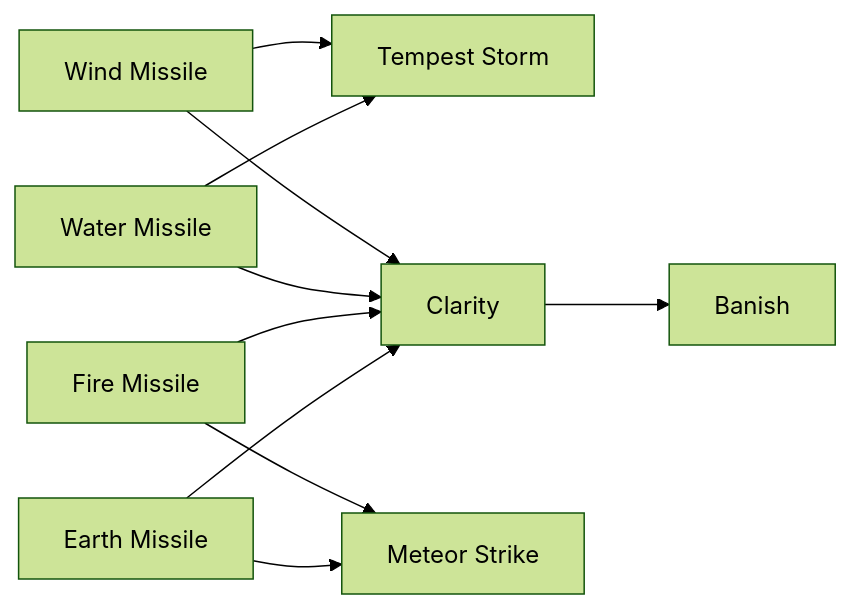
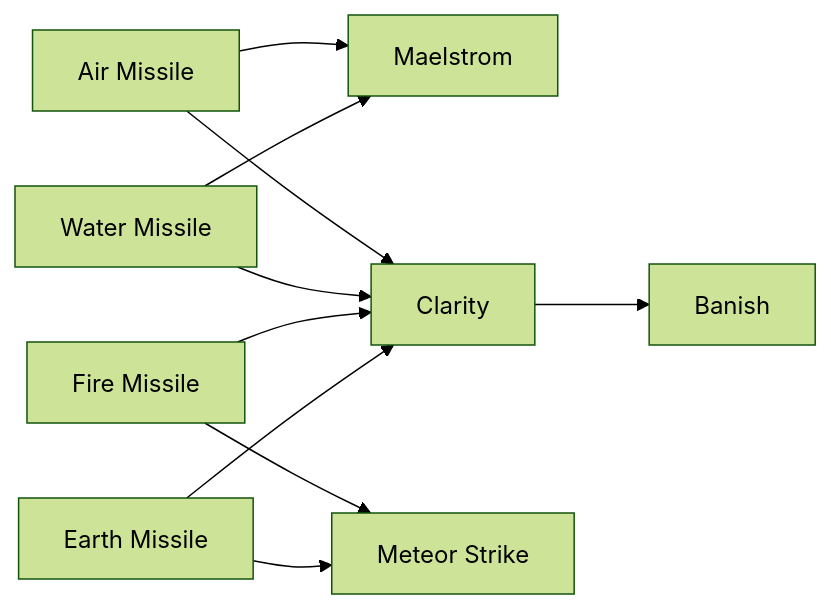
One commit to rubypinkromance/xrpg changed diagram 15 of 17 in docs/xrpg-rules.md. Above: the diagram before and after it, drawn with Mermaid (forest theme). The commit also changed other lines of this file, not shown here.

````diff
--- a/docs/xrpg-rules.md
+++ b/docs/xrpg-rules.md
@@ -766,12 +788,12 @@
 ```mermaid
 flowchart LR
-    Wind[Wind Missile] --> Tempest[Tempest Storm]
-    Water[Water Missile] --> Tempest
-    Wind --> Clarity
+    Air[Air Missile] --> Maelstrom
+    Water[Water Missile] --> Maelstrom
+    Air --> Clarity
     Water --> Clarity
     Fire[Fire Missile] --> Clarity
     Earth[Earth Missile] --> Clarity
     Fire --> Meteor[Meteor Strike]
     Earth --> Meteor
     Clarity --> Banish
 ```
````
